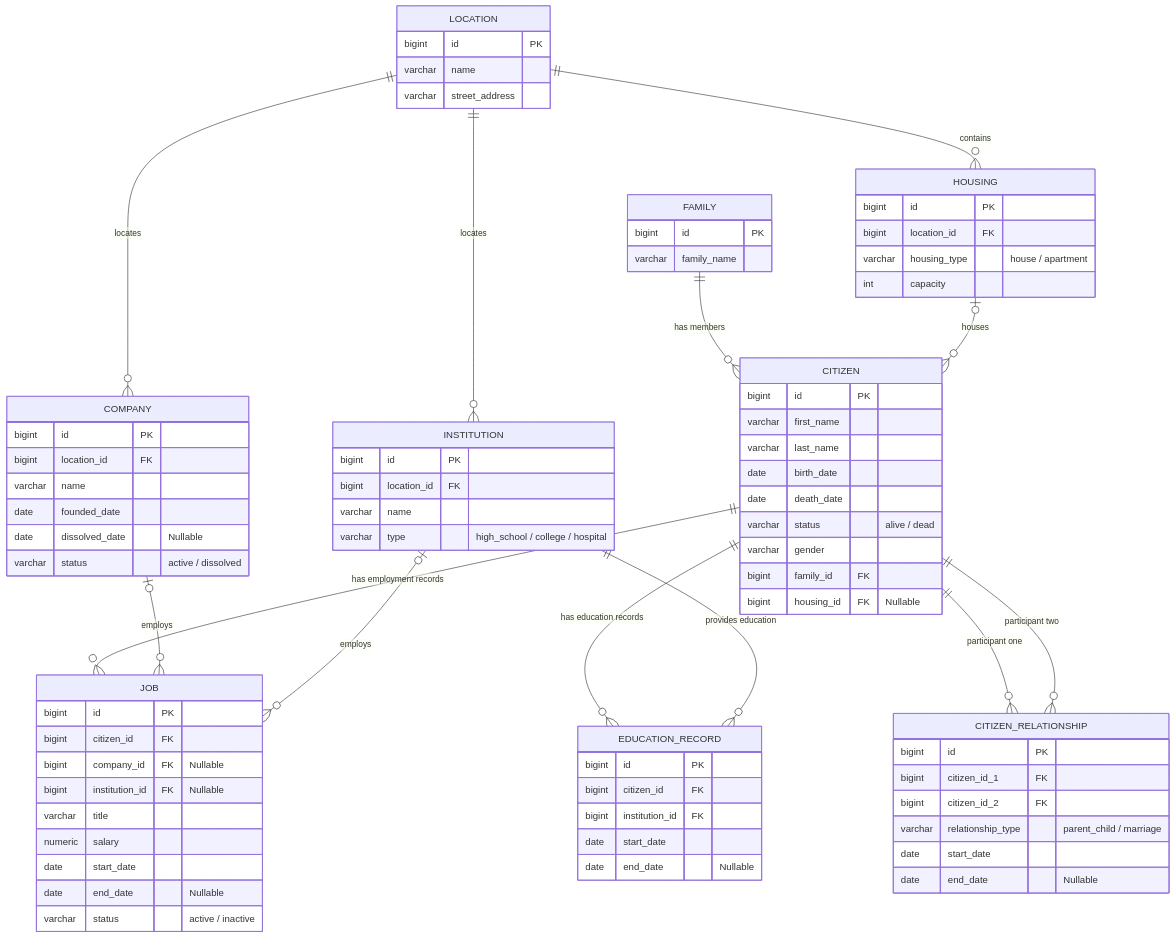
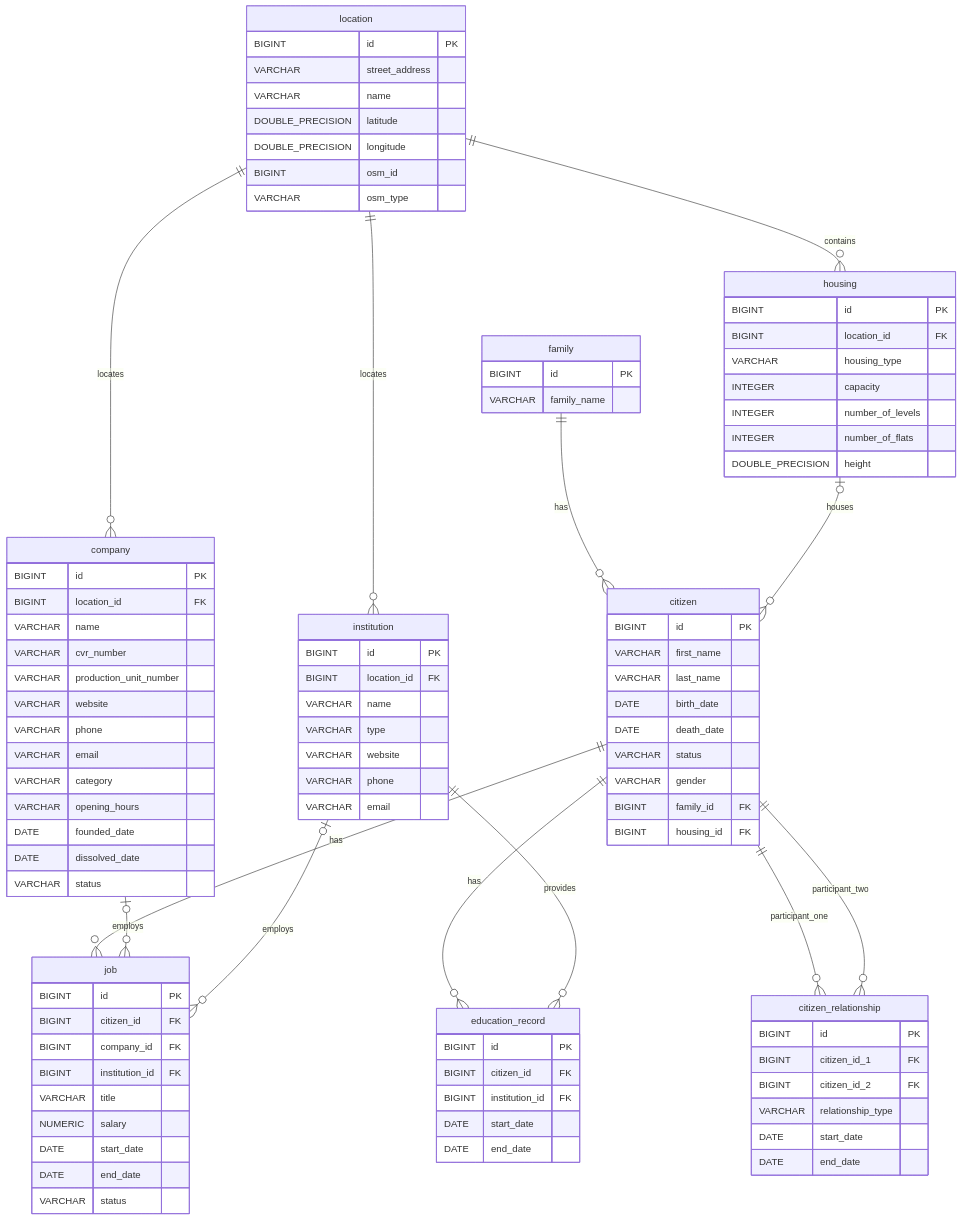
Before and after one commit to Gervig/Smart-City: the third of 3 diagrams in README.md, drawn with Mermaid. The commit also changed other lines of this file, not shown here.

`````diff
--- a/README.md
+++ b/README.md
@@ -366,93 +396,112 @@
-```mermaid
+````mermaid
+
 erDiagram
-    FAMILY {
-        bigint id PK
-        varchar family_name
+    family {
+        BIGINT id PK
+        VARCHAR family_name
     }
 
-    CITIZEN {
-        bigint id PK
-        varchar first_name
-        varchar last_name
-        date birth_date
-        date death_date
-        varchar status "alive / dead"
-        varchar gender
-        bigint family_id FK
-        bigint housing_id FK "Nullable"
+    citizen {
+        BIGINT id PK
+        VARCHAR first_name
+        VARCHAR last_name
+        DATE birth_date
+        DATE death_date
+        VARCHAR status
+        VARCHAR gender
+        BIGINT family_id FK
+        BIGINT housing_id FK
     }
 
-    CITIZEN_RELATIONSHIP {
-        bigint id PK
-        bigint citizen_id_1 FK
-        bigint citizen_id_2 FK
-        varchar relationship_type "parent_child / marriage"
-        date start_date
-        date end_date "Nullable"
+    housing {
+        BIGINT id PK
+        BIGINT location_id FK
+        VARCHAR housing_type
+        INTEGER capacity
+        INTEGER number_of_levels
+        INTEGER number_of_flats
+        DOUBLE_PRECISION height
     }
 
-    LOCATION {
-        bigint id PK
-        varchar name
-        varchar street_address
+    location {
+        BIGINT id PK
+        VARCHAR street_address
+        VARCHAR name
+        DOUBLE_PRECISION latitude
+        DOUBLE_PRECISION longitude
+        BIGINT osm_id
+        VARCHAR osm_type
     }
 
-    HOUSING {
-        bigint id PK
-        bigint location_id FK
-        varchar housing_type "house / apartment"
-        int capacity
+    company {
+        BIGINT id PK
+        BIGINT location_id FK
+        VARCHAR name
+        VARCHAR cvr_number
+        VARCHAR production_unit_number
+        VARCHAR website
+        VARCHAR phone
+        VARCHAR email
+        VARCHAR category
+        VARCHAR opening_hours
+        DATE founded_date
+        DATE dissolved_date
+        VARCHAR status
     }
 
-    COMPANY {
-        bigint id PK
-        bigint location_id FK
-        varchar name
-        date founded_date
-        date dissolved_date "Nullable"
-        varchar status "active / dissolved"
+    institution {
+        BIGINT id PK
+        BIGINT location_id FK
+        VARCHAR name
+        VARCHAR type
+        VARCHAR website
+        VARCHAR phone
+        VARCHAR email
     }
 
-    INSTITUTION {
-        bigint id PK
-        bigint location_id FK
-        varchar name
-        varchar type "high_school / college / hospital"
+    job {
+        BIGINT id PK
+        BIGINT citizen_id FK
+        BIGINT company_id FK
+        BIGINT institution_id FK
+        VARCHAR title
+        NUMERIC salary
+        DATE start_date
+        DATE end_date
+        VARCHAR status
     }
 
-    JOB {
-        bigint id PK
-        bigint citizen_id FK
-        bigint company_id FK "Nullable"
-        bigint institution_id FK "Nullable"
-        varchar title
-        numeric salary
-        date start_date
-        date end_date "Nullable"
-        varchar status "active / inactive"
+    education_record {
+        BIGINT id PK
+        BIGINT citizen_id FK
+        BIGINT institution_id FK
+        DATE start_date
+        DATE end_date
     }
 
-    EDUCATION_RECORD {
-        bigint id PK
-        bigint citizen_id FK
-        bigint institution_id FK
-        date start_date
-        date end_date "Nullable"
+    citizen_relationship {
+        BIGINT id PK
+        BIGINT citizen_id_1 FK
+        BIGINT citizen_id_2 FK
+        VARCHAR relationship_type
+        DATE start_date
+        DATE end_date
     }
 
-    FAMILY ||--o{ CITIZEN : "has members"
-    HOUSING o|--o{ CITIZEN : "houses"
-    LOCATION ||--o{ HOUSING : "contains"
-    LOCATION ||--o{ COMPANY : "locates"
-    LOCATION ||--o{ INSTITUTION : "locates"
+    family ||--o{ citizen : has
+    housing o|--o{ citizen : houses
+    location ||--o{ housing : contains
+    location ||--o{ company : locates
+    location ||--o{ institution : locates
 
-    CITIZEN ||--o{ JOB : "has employment records"
-    COMPANY o|--o{ JOB : "employs"
-    INSTITUTION o|--o{ JOB : "employs"
+    citizen ||--o{ job : has
+    company o|--o{ job : employs
+    institution o|--o{ job : employs
 
-    CITIZEN ||--o{ EDUCATION_RECORD : "has education records"
-    INSTITUTION ||--o{ EDUCATION_RECORD : "provides education"
+    citizen ||--o{ education_record : has
+    institution ||--o{ education_record : provides
 
-    CITIZEN ||--o{ CITIZEN_RELATIONSHIP : "participant one"
-    CITIZEN ||--o{ CITIZEN_RELATIONSHIP : "participant two"
-```
+    citizen ||--o{ citizen_relationship : participant_one
+    citizen ||--o{ citizen_relationship : participant_two
+
+````
`````
